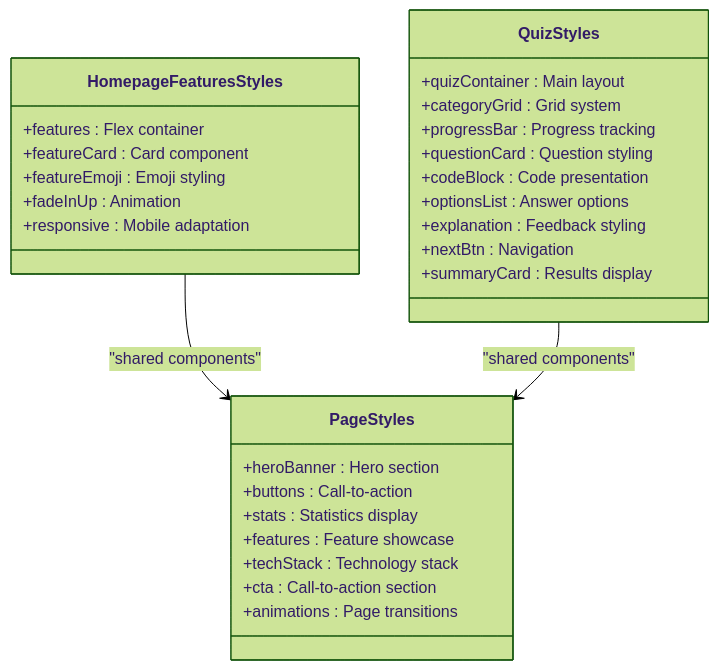
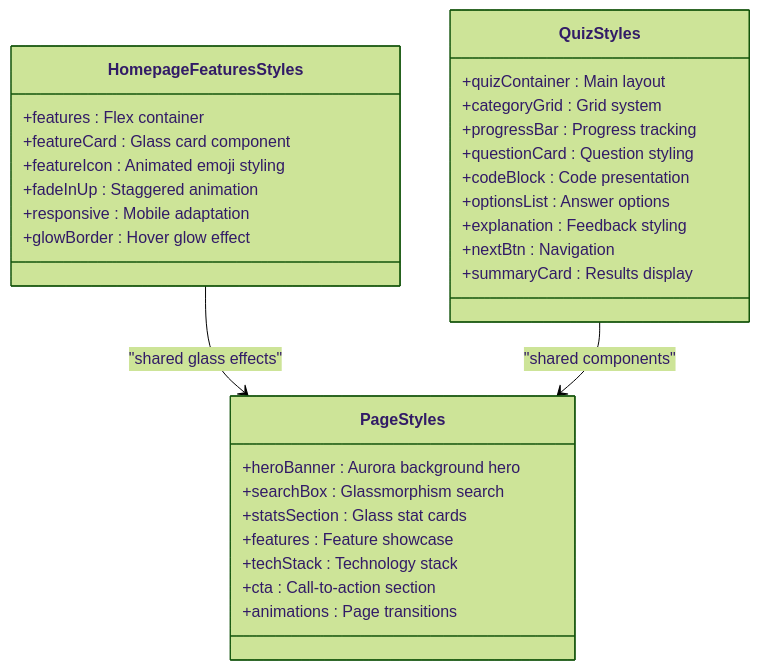
One commit to UnicornXU/knowledge-base changed the third of 17 diagrams in .qoder/repowiki/zh/content/JavaScript 基础知识/CSS 基础知识.md. Above: the diagram before and after it, drawn with Mermaid (forest theme). The commit also changed other lines of this file and 35 other files, not shown here.

````diff
--- a/.qoder/repowiki/zh/content/JavaScript 基础知识/CSS 基础知识.md
+++ b/.qoder/repowiki/zh/content/JavaScript 基础知识/CSS 基础知识.md
@@ -119,32 +135,33 @@
 ```mermaid
 classDiagram
 class HomepageFeaturesStyles {
 +features : Flex container
-+featureCard : Card component
-+featureEmoji : Emoji styling
-+fadeInUp : Animation
++featureCard : Glass card component
++featureIcon : Animated emoji styling
++fadeInUp : Staggered animation
 +responsive : Mobile adaptation
++glowBorder : Hover glow effect
 }
 class QuizStyles {
 +quizContainer : Main layout
 +categoryGrid : Grid system
 +progressBar : Progress tracking
 +questionCard : Question styling
 +codeBlock : Code presentation
 +optionsList : Answer options
 +explanation : Feedback styling
 +nextBtn : Navigation
 +summaryCard : Results display
 }
 class PageStyles {
-+heroBanner : Hero section
-+buttons : Call-to-action
-+stats : Statistics display
++heroBanner : Aurora background hero
++searchBox : Glassmorphism search
++statsSection : Glass stat cards
 +features : Feature showcase
 +techStack : Technology stack
 +cta : Call-to-action section
 +animations : Page transitions
 }
-HomepageFeaturesStyles --> PageStyles : "shared components"
+HomepageFeaturesStyles --> PageStyles : "shared glass effects"
 QuizStyles --> PageStyles : "shared components"
 ```
````
